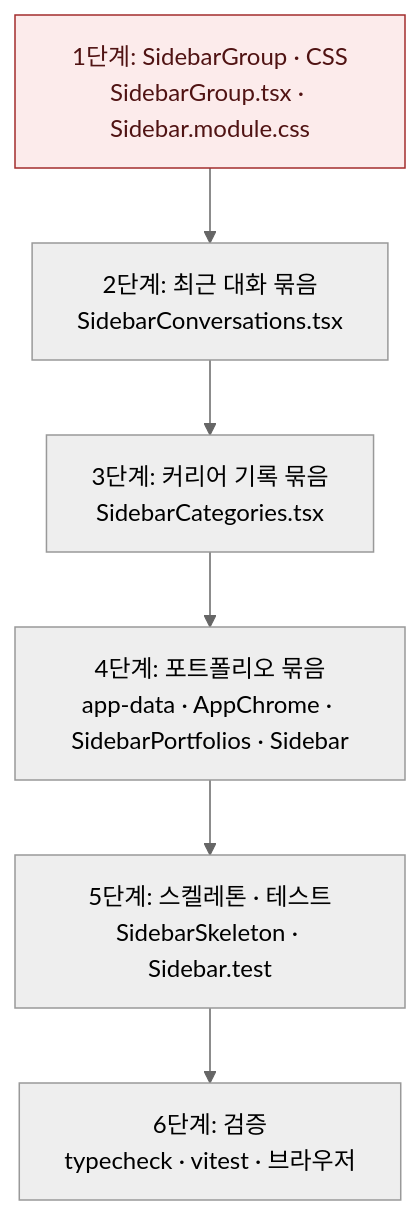
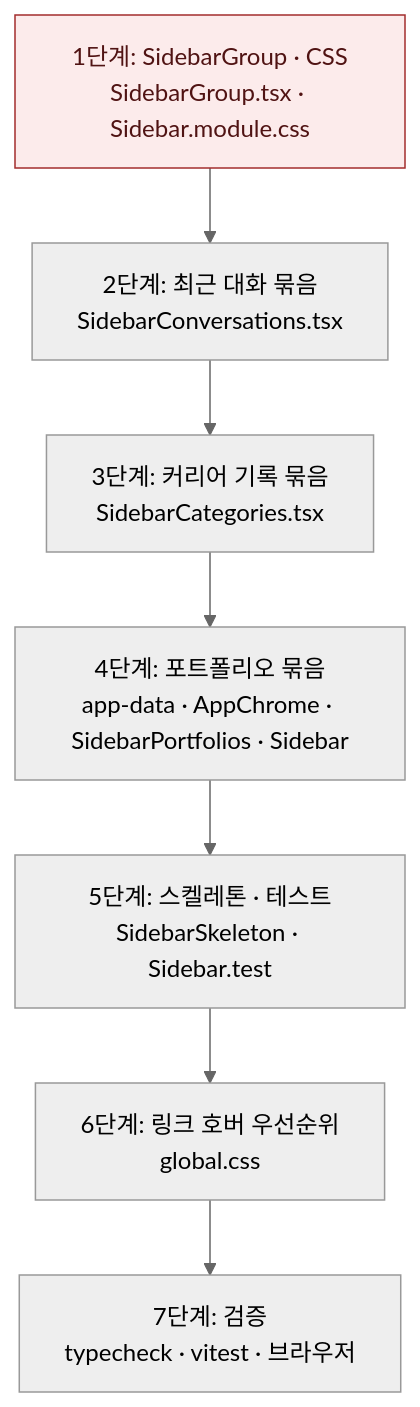
One commit to Expresso-Organization/expresso changed the diagram in .intent/plan_sidebar-sections.md. Above: the diagram before and after it, drawn with Mermaid (neutral theme). The commit also changed other lines of this file and 18 other files, not shown here.

````diff
--- a/.intent/plan_sidebar-sections.md
+++ b/.intent/plan_sidebar-sections.md
@@ -37,9 +39,10 @@
 ```mermaid
 flowchart TD
   A["1단계: SidebarGroup · CSS<br/>SidebarGroup.tsx · Sidebar.module.css"]:::risk --> B["2단계: 최근 대화 묶음<br/>SidebarConversations.tsx"]
   B --> C["3단계: 커리어 기록 묶음<br/>SidebarCategories.tsx"]
   C --> D["4단계: 포트폴리오 묶음<br/>app-data · AppChrome · SidebarPortfolios · Sidebar"]
   D --> E["5단계: 스켈레톤 · 테스트<br/>SidebarSkeleton · Sidebar.test"]
-  E --> F["6단계: 검증<br/>typecheck · vitest · 브라우저"]
+  E --> H["6단계: 링크 호버 우선순위<br/>global.css"]
+  H --> F["7단계: 검증<br/>typecheck · vitest · 브라우저"]
   classDef risk fill:#FCEBEB,stroke:#A32D2D,color:#501313
 ```
````
